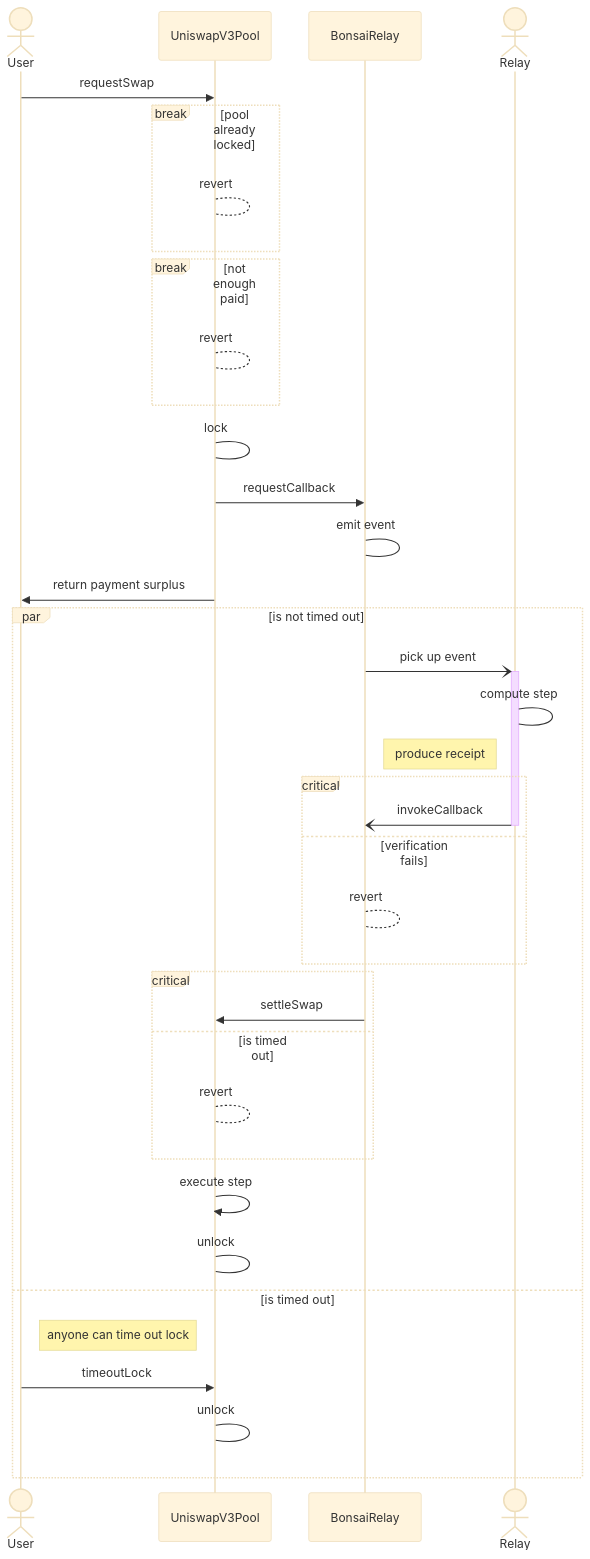
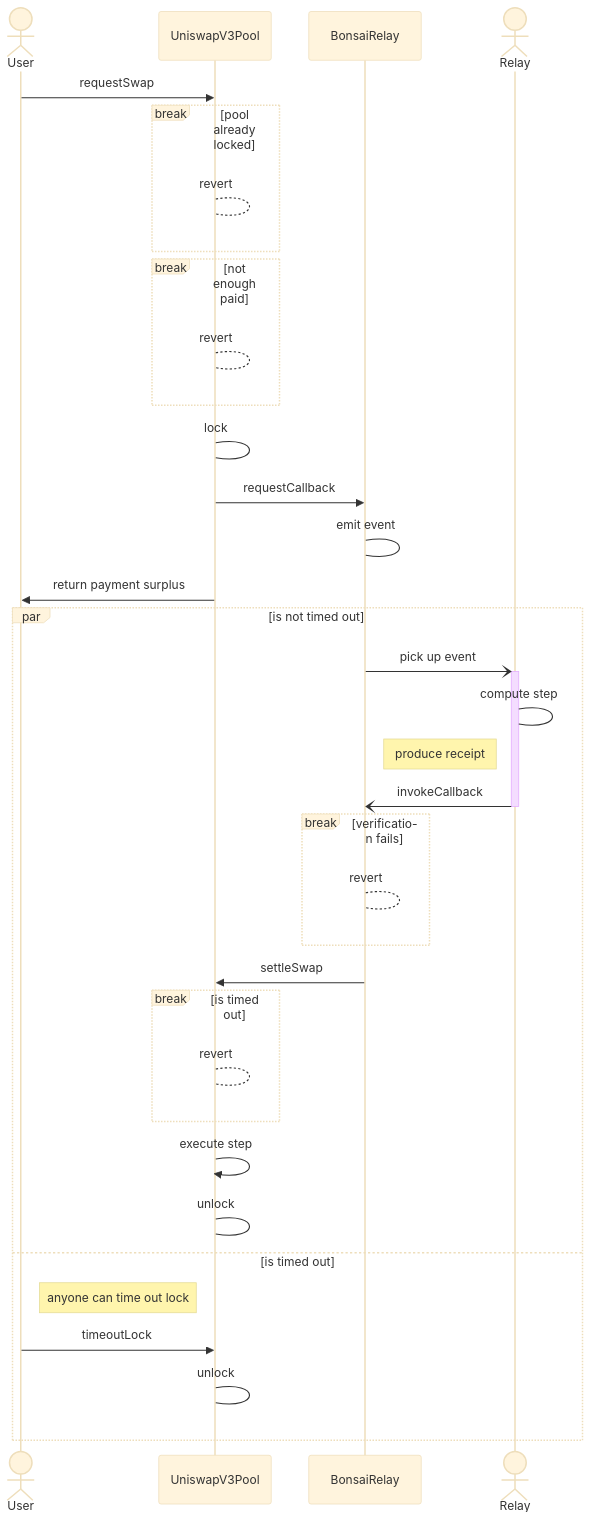
Before and after one commit to 0xfuturistic/zkUniswap: the diagram in README.md, drawn with Mermaid (base theme).

Commit message:
improve diagram

````diff
--- a/README.md
+++ b/README.md
@@ -94,40 +94,38 @@
 ```mermaid
 sequenceDiagram
 		actor User
 		participant UniswapV3Pool
 		participant BonsaiRelay
 		actor Relay
 
 		User->>UniswapV3Pool: requestSwap
 		break pool already locked
 			UniswapV3Pool-->UniswapV3Pool: revert
 		end
 		break not enough paid
 			UniswapV3Pool-->UniswapV3Pool: revert
 		end
 		UniswapV3Pool->UniswapV3Pool: lock
 		UniswapV3Pool->>BonsaiRelay: requestCallback
 		BonsaiRelay->BonsaiRelay: emit event
 		UniswapV3Pool->>User: return payment surplus
 		par is not timed out
 		BonsaiRelay-)+Relay: pick up event
 		Relay->Relay: compute step
 		note left of Relay: produce receipt
-		critical
 		Relay-)-BonsaiRelay: invokeCallback
-		option verification fails
+		break verification fails
 			BonsaiRelay-->BonsaiRelay: revert
 		end
-		critical
 		BonsaiRelay->>UniswapV3Pool: settleSwap
-		option is timed out
+		break is timed out
 				UniswapV3Pool-->UniswapV3Pool: revert
 		end
 		UniswapV3Pool->>UniswapV3Pool: execute step
 		UniswapV3Pool->UniswapV3Pool: unlock
 		and is timed out
 			note right of User: anyone can time out lock
 			User->>UniswapV3Pool: timeoutLock
 			UniswapV3Pool->UniswapV3Pool: unlock
 		end
 ```
````
